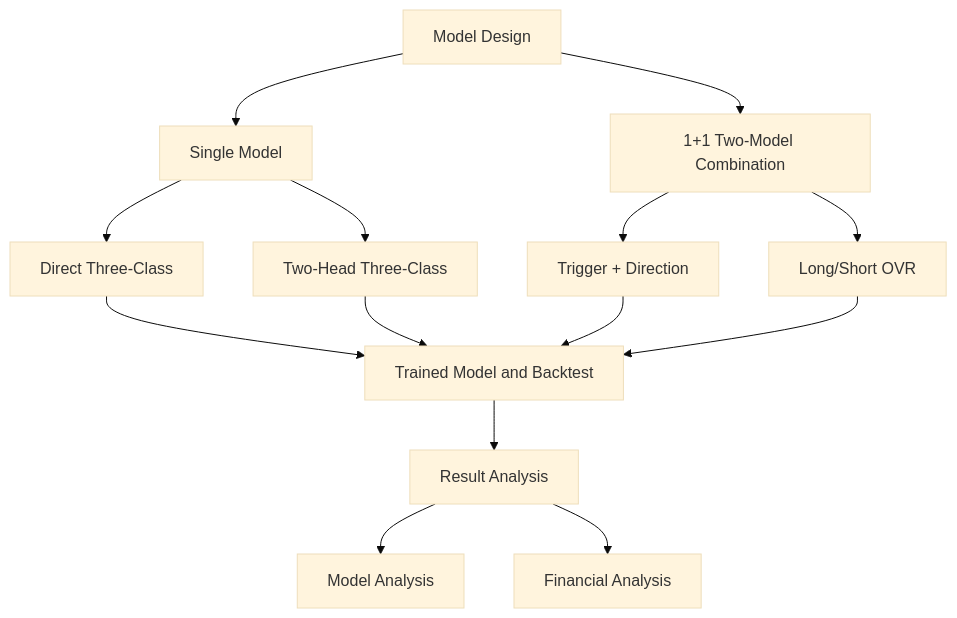
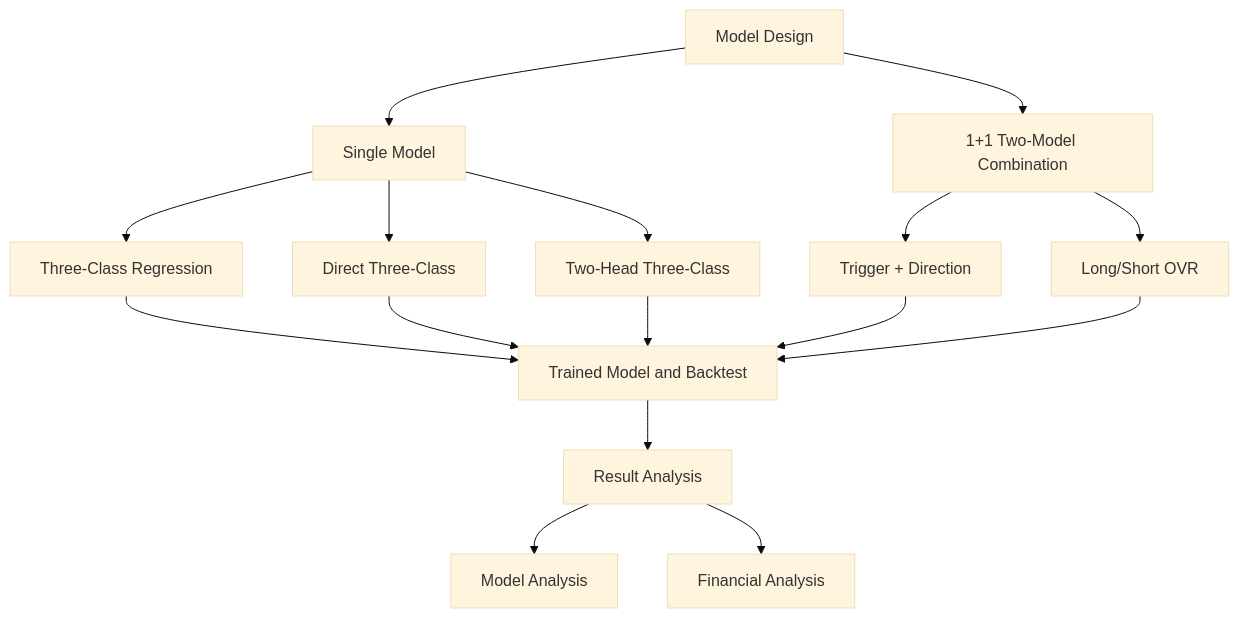
Before and after one commit to XiongChao77/systematic-trading-platform: the diagram in model/readme.md, drawn with Mermaid (base theme). The commit also changed other lines of this file and 29 other files, not shown here.

````diff
--- a/model/readme.md
+++ b/model/readme.md
@@ -2,21 +2,23 @@
 ```mermaid
 flowchart TD
     A[Model Design]
 
     A --> A1[Single Model]
-    A1 --> A11[Direct Three-Class]
-    A1 --> A12[Two-Head Three-Class]
+    A1 --> A11[Three-Class Regression]
+    A1 --> A12[Direct Three-Class]
+    A1 --> A13[Two-Head Three-Class]
 
     A --> A2[1+1 Two-Model Combination]
     A2 --> A21[Trigger + Direction]
     A2 --> A22[Long/Short OVR]
 
     A11 --> B[Trained Model and Backtest]
     A12 --> B
+    A13 --> B
     A21 --> B
     A22 --> B
 
     B --> C[Result Analysis]
     C --> C1[Model Analysis]
     C --> C2[Financial Analysis]
 ```
````
